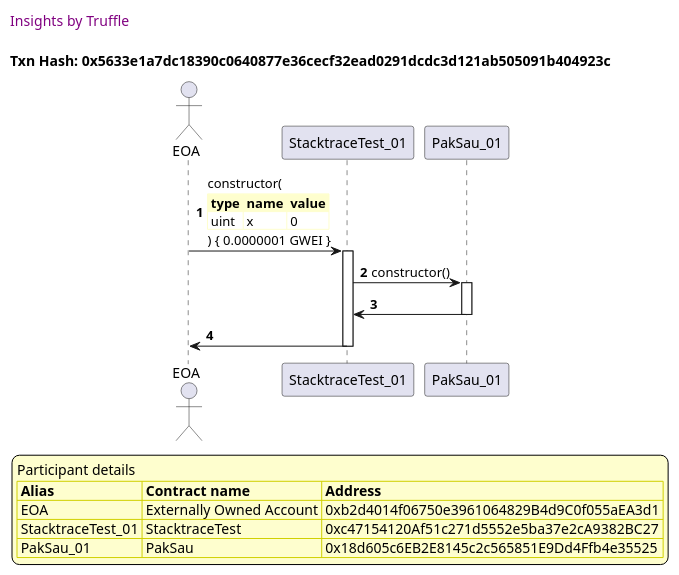
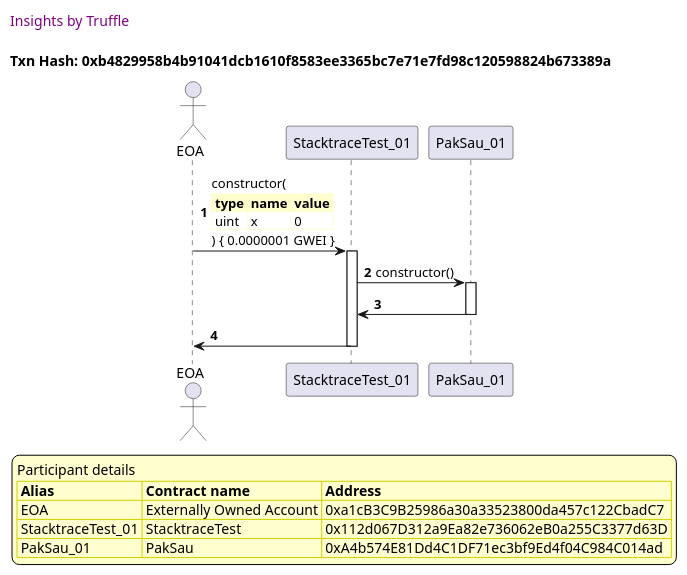
One commit to trufflesuite/txlog-seedlings changed the third of 10 diagrams in truffle-seq/stacktrace.test.md. Above: the diagram before and after it, drawn with PlantUML. The commit also changed other lines of this file and 8 other files, not shown here.

````diff
--- a/truffle-seq/stacktrace.test.md
+++ b/truffle-seq/stacktrace.test.md
@@ -114,44 +114,44 @@
 ```plantuml
 
 
 @startuml
 
 autonumber
 skinparam legendBackgroundColor #FEFECE
 
 <style>
       header {
         HorizontalAlignment left
         FontColor purple
         FontSize 14
         Padding 10
       }
     </style>
 
 header Insights by Truffle
 
-title Txn Hash: 0x5633e1a7dc18390c0640877e36cecf32ead0291dcdc3d121ab505091b404923c
+title Txn Hash: 0xb4829958b4b91041dcb1610f8583ee3365bc7e71e7fd98c120598824b673389a
 
 
 actor EOA as "EOA"
 participant StacktraceTest_01 as "StacktraceTest_01"
 participant PakSau_01 as "PakSau_01"
 
 "EOA" -> "StacktraceTest_01" ++: constructor(\n\
 <#FEFECE,#FEFECE>|= type |= name |= value |\n\
 | uint | x | 0 |\n\
 ) { 0.0000001 GWEI }
 "StacktraceTest_01" -> "PakSau_01" ++: constructor()
 "PakSau_01" -> "StacktraceTest_01" --: 
 "StacktraceTest_01" -> "EOA" --: 
 
 legend
 Participant details
 <#FEFECE,#D0D000>|= Alias |= Contract name |= Address |
-<#FEFECE>| EOA | Externally Owned Account | 0xb2d4014f06750e3961064829B4d9C0f055aEA3d1 |
-<#FEFECE>| StacktraceTest_01 | StacktraceTest | 0xc47154120Af51c271d5552e5ba37e2cA9382BC27 |
-<#FEFECE>| PakSau_01 | PakSau | 0x18d605c6EB2E8145c2c565851E9Dd4Ffb4e35525 |
+<#FEFECE>| EOA | Externally Owned Account | 0xa1cB3C9B25986a30a33523800da457c122CbadC7 |
+<#FEFECE>| StacktraceTest_01 | StacktraceTest | 0x112d067D312a9Ea82e736062eB0a255C3377d63D |
+<#FEFECE>| PakSau_01 | PakSau | 0xA4b574E81Dd4C1DF71ec3bf9Ed4f04C984C014ad |
 endlegend
 
 @enduml
 ```
````
